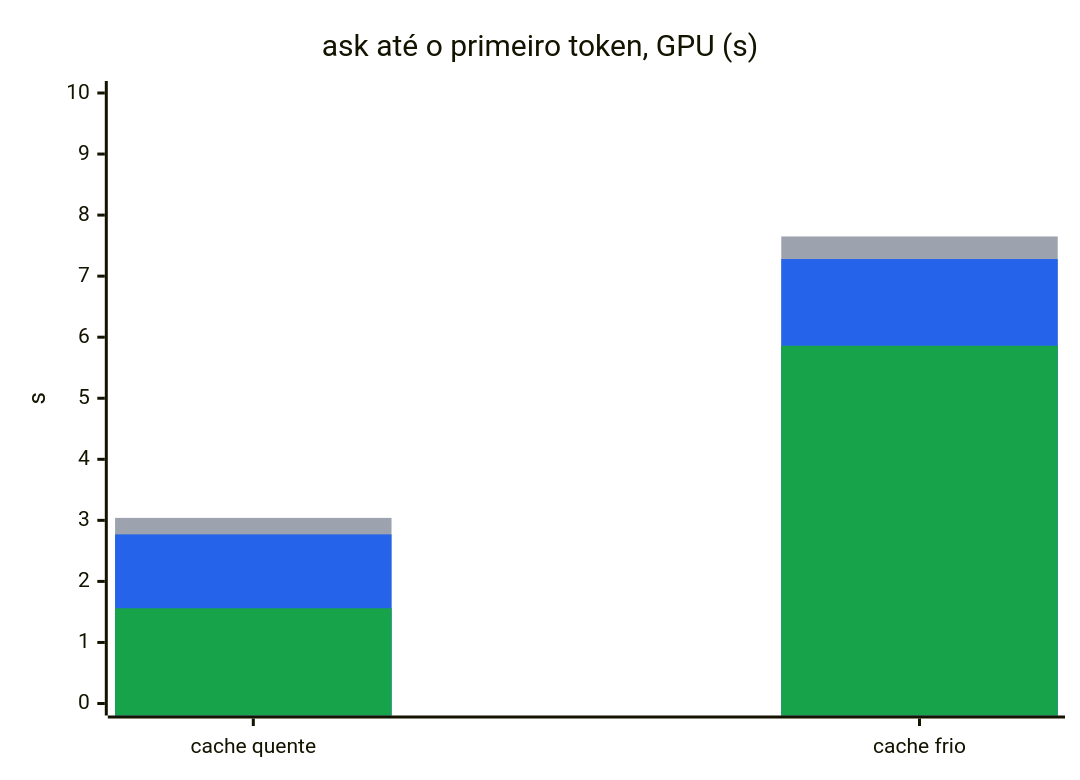
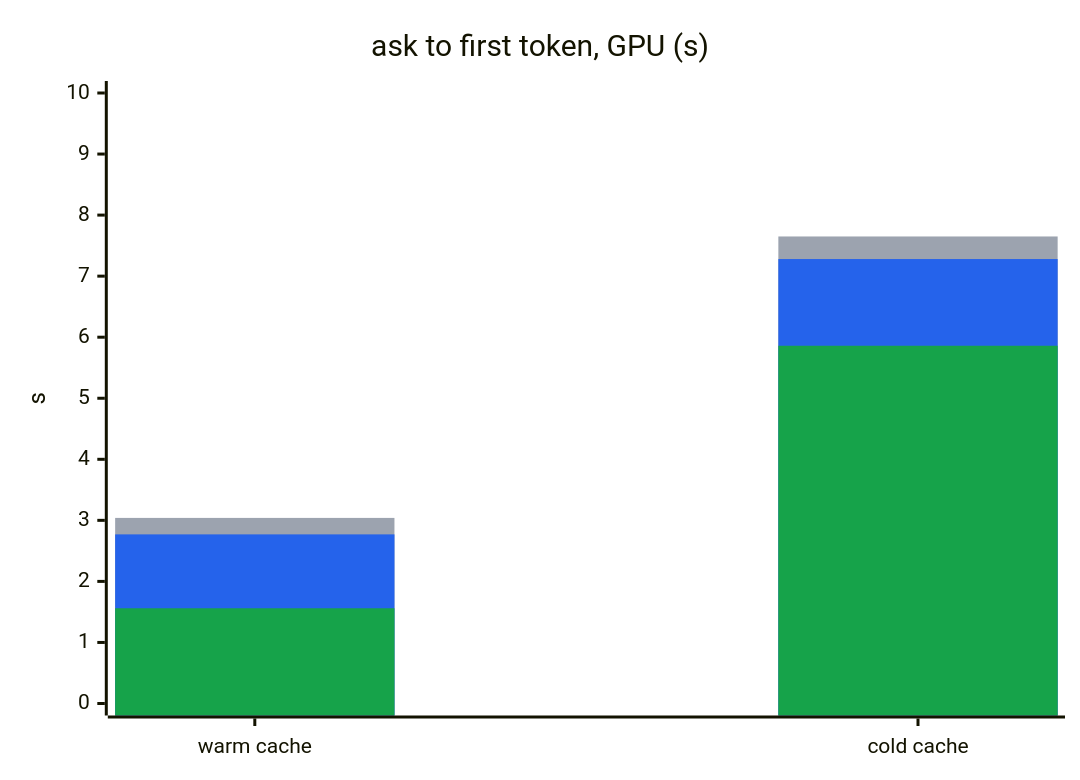
Before and after one commit to Chipskein/cade: the third of 8 diagrams in docs/BENCHMARKS.md, drawn with Mermaid. The commit also changed other lines of this file and 6 other files, not shown here.

````diff
--- a/docs/BENCHMARKS.md
+++ b/docs/BENCHMARKS.md
@@ -187,15 +187,15 @@
 ```mermaid
 ---
 config:
   themeVariables:
     xyChart:
       plotColorPalette: "#9ca3af, #2563eb, #16a34a"
 ---
 xychart-beta
-  title "ask até o primeiro token, GPU (s)"
-  x-axis ["cache quente", "cache frio"]
+  title "ask to first token, GPU (s)"
+  x-axis ["warm cache", "cold cache"]
   y-axis "s" 0 --> 10
   bar [3.04, 7.65]
   bar [2.77, 7.28]
   bar [1.56, 5.86]
 ```
````
